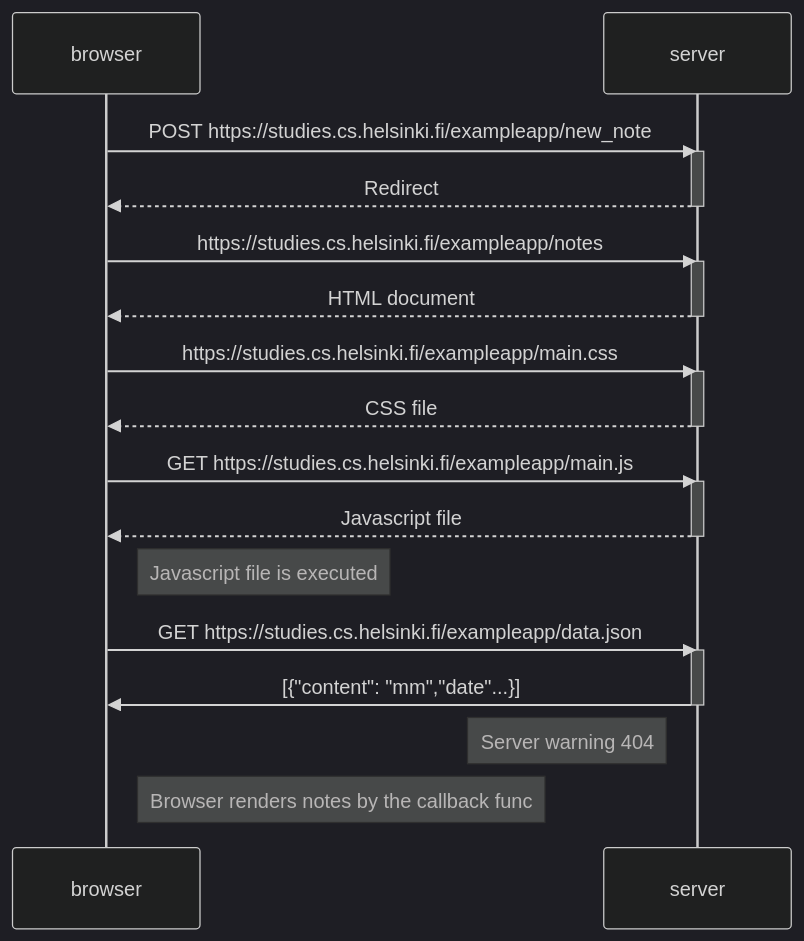
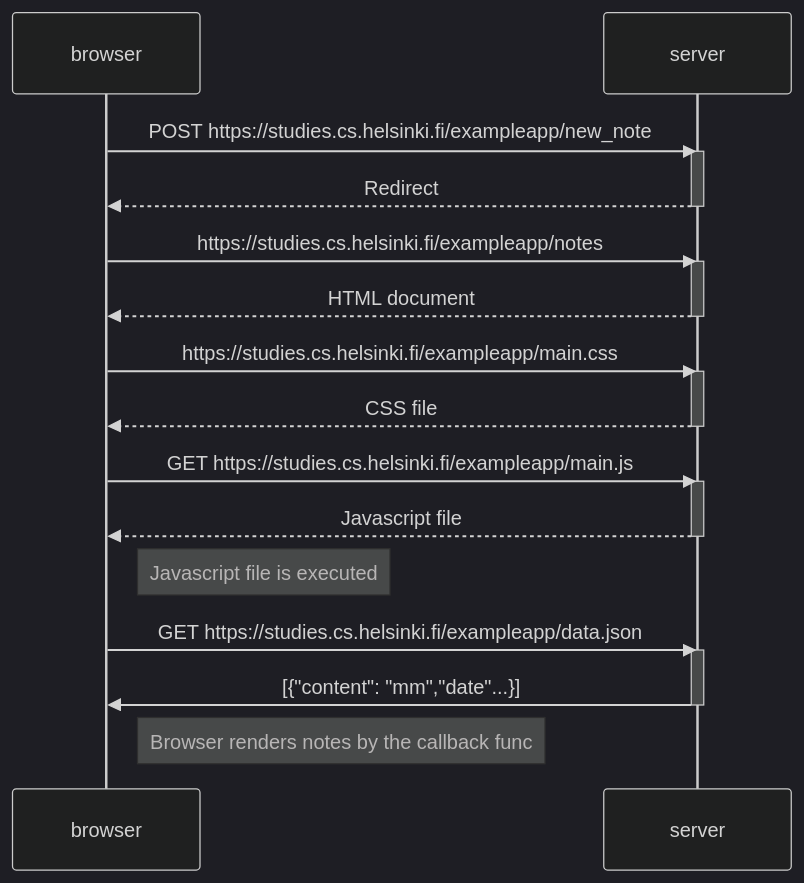
The diagram in part0/new_note.md (oskrsjlnd/fullstacc-open), drawn with Mermaid (dark theme) before and after one commit. The commit also changed 1 other file, not shown here.

Commit message:
fixed diagrams

````diff
--- a/part0/new_note.md
+++ b/part0/new_note.md
@@ -1,34 +1,34 @@
 ```mermaid
     sequenceDiagram
     participant browser
     participant server
 
     browser->>server: POST https://studies.cs.helsinki.fi/exampleapp/new_note
     activate server
     server-->>browser: Redirect
     deactivate server
 
     browser->>server: https://studies.cs.helsinki.fi/exampleapp/notes
     activate server
     server-->>browser: HTML document
     deactivate server
 
     browser->>server: https://studies.cs.helsinki.fi/exampleapp/main.css
     activate server
     server-->>browser: CSS file
     deactivate server
 
     browser->>server: GET https://studies.cs.helsinki.fi/exampleapp/main.js
     activate server
     server-->>browser: Javascript file
     deactivate server
     
     Note right of browser: Javascript file is executed
 
     browser->>server: GET https://studies.cs.helsinki.fi/exampleapp/data.json
     activate server
     server->>browser: [{"content": "mm","date"...}]
     deactivate server
-    Note left of server: Server warning 404
+
     Note right of browser: Browser renders notes by the callback func
 ```
````
